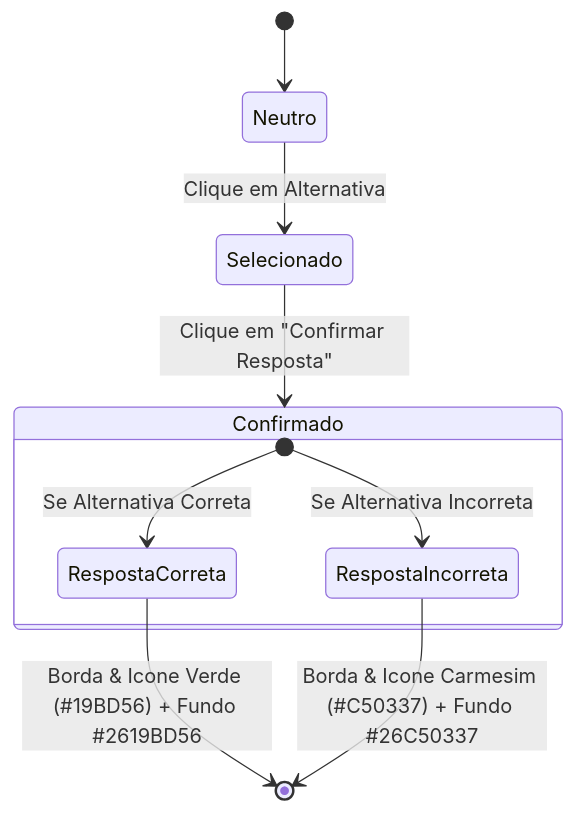
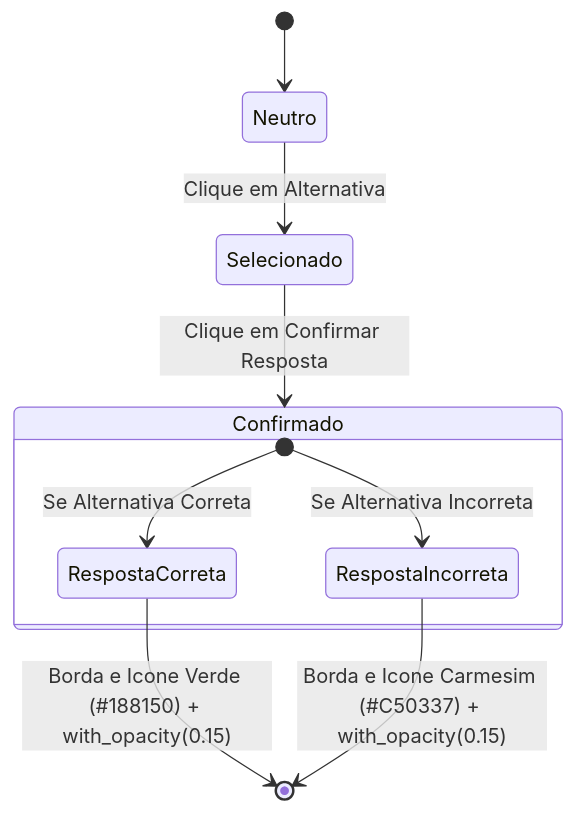
One commit to EvertonKaylon/sejong-companion changed the diagram in Documentacao/Conceitos/Neuropedagogia_e_Gamificacao.md. Above: the diagram before and after it, drawn with Mermaid. The commit also changed other lines of this file and 27 other files, not shown here.

Commit message:
docs(sync): atualizar Roadmap, Manual, Conceitos, links relativos portateis, BUG-13 e Changelog v0.3.9-alpha

````diff
--- a/Documentacao/Conceitos/Neuropedagogia_e_Gamificacao.md
+++ b/Documentacao/Conceitos/Neuropedagogia_e_Gamificacao.md
@@ -74,14 +74,14 @@
 ```mermaid
 stateDiagram-v2
     [*] --> Neutro
     Neutro --> Selecionado : Clique em Alternativa
-    Selecionado --> Confirmado : Clique em "Confirmar Resposta"
+    Selecionado --> Confirmado : Clique em Confirmar Resposta
     
     state Confirmado {
         [*] --> RespostaCorreta : Se Alternativa Correta
         [*] --> RespostaIncorreta : Se Alternativa Incorreta
     }
 
-    RespostaCorreta --> [*] : Borda & Icone Verde (#19BD56) + Fundo #2619BD56
-    RespostaIncorreta --> [*] : Borda & Icone Carmesim (#C50337) + Fundo #26C50337
+    RespostaCorreta --> [*] : Borda e Icone Verde (#188150) + with_opacity(0.15)
+    RespostaIncorreta --> [*] : Borda e Icone Carmesim (#C50337) + with_opacity(0.15)
 ```
````
